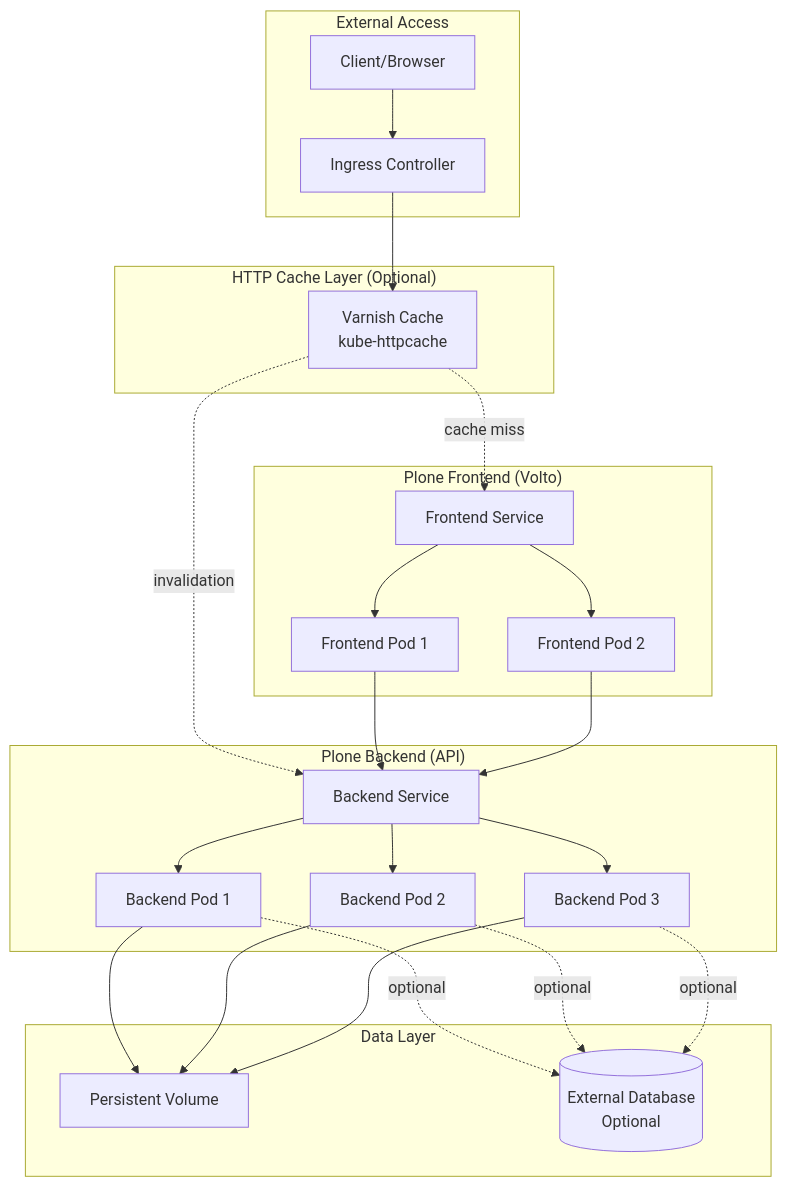
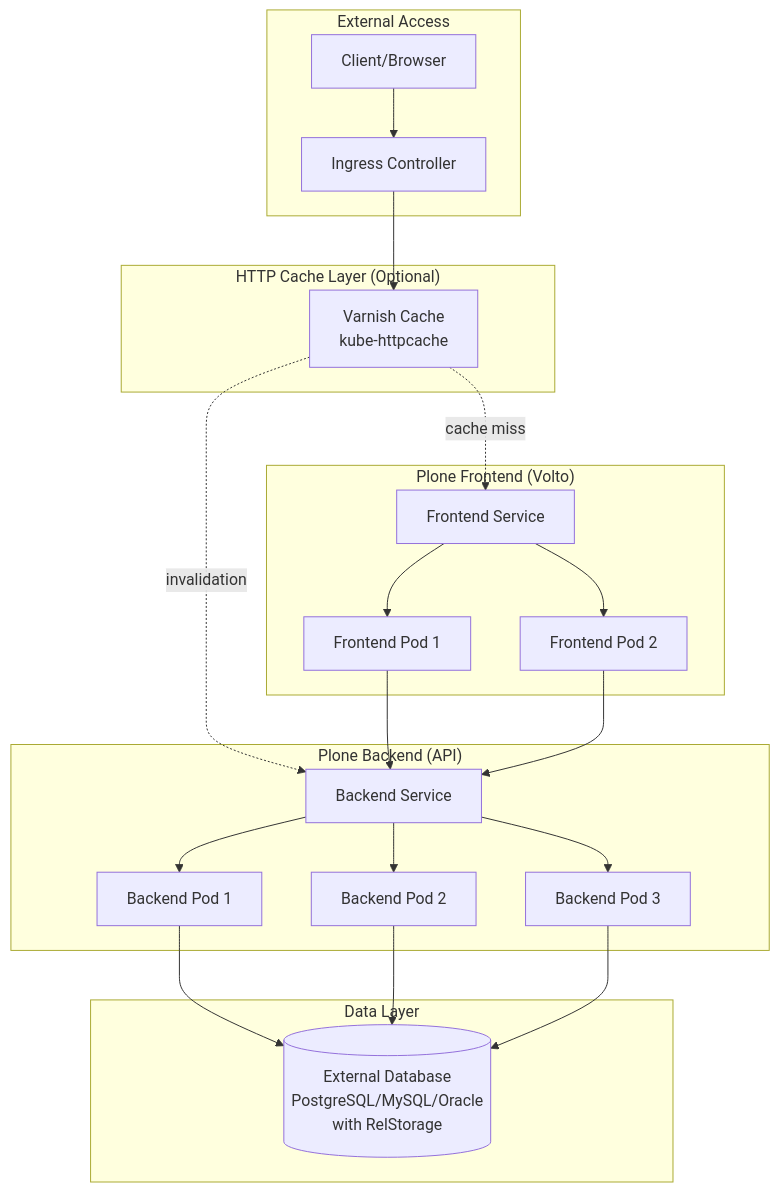
One commit to bluedynamics/cdk8s-plone changed the diagram in documentation/sources/explanation/architecture.md. Above: the diagram before and after it, drawn with Mermaid. The commit also changed other lines of this file, not shown here.

Commit message:
docs: clarify storage architecture uses RelStorage with external DB
Update architecture documentation to reflect official storage approach:

**Architecture Diagram:**
- Remove Persistent Volume (PVC) from diagram
- Change external database from optional to required
- Specify supported databases: PostgreSQL, MySQL, Oracle with RelStorage

**Backend Component:**
- Storage: Delegated to external database (not filesystem)
- Uses ZODB with RelStorage (not filestorage/blobstorage)
- Scaling: External database handles multi-writer scenarios

**Production Considerations:**
- External database required (not optional)
- Supported: PostgreSQL, MySQL (and derivatives), Oracle
- MySQL derivatives (MariaDB, Percona) and Oracle are untested
- RelStorage enables true multi-writer deployments

This reflects the actual supported architecture - filesystem-based
ZODB storage is not officially supported by this chart. All Plone
backends must connect to an external relational database using
RelStorage for persistence.

🤖 Generated with [Claude Code](https://claude.com/claude-code)

````diff
--- a/documentation/sources/explanation/architecture.md
+++ b/documentation/sources/explanation/architecture.md
@@ -76,52 +76,47 @@
 ```mermaid
 graph TB
     subgraph "External Access"
         Client[Client/Browser]
         Ingress[Ingress Controller]
     end
 
     subgraph "HTTP Cache Layer (Optional)"
         Varnish[Varnish Cache<br/>kube-httpcache]
     end
 
     subgraph "Plone Frontend (Volto)"
         FrontendSvc[Frontend Service]
         Frontend1[Frontend Pod 1]
         Frontend2[Frontend Pod 2]
     end
 
     subgraph "Plone Backend (API)"
         BackendSvc[Backend Service]
         Backend1[Backend Pod 1]
         Backend2[Backend Pod 2]
         Backend3[Backend Pod 3]
     end
 
     subgraph "Data Layer"
-        PVC[Persistent Volume]
-        DB[(External Database<br/>Optional)]
+        DB[(External Database<br/>PostgreSQL/MySQL/Oracle<br/>with RelStorage)]
     end
 
     Client --> Ingress
     Ingress --> Varnish
     Varnish -.cache miss.-> FrontendSvc
     Varnish -.invalidation.-> BackendSvc
 
     FrontendSvc --> Frontend1
     FrontendSvc --> Frontend2
 
     Frontend1 --> BackendSvc
     Frontend2 --> BackendSvc
 
     BackendSvc --> Backend1
     BackendSvc --> Backend2
     BackendSvc --> Backend3
 
-    Backend1 --> PVC
-    Backend2 --> PVC
-    Backend3 --> PVC
-
-    Backend1 -.optional.-> DB
-    Backend2 -.optional.-> DB
-    Backend3 -.optional.-> DB
+    Backend1 --> DB
+    Backend2 --> DB
+    Backend3 --> DB
 ```
````
